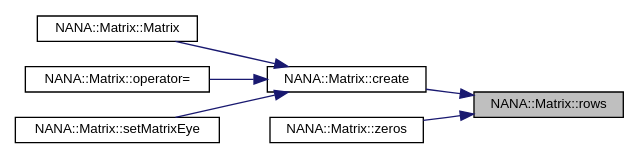
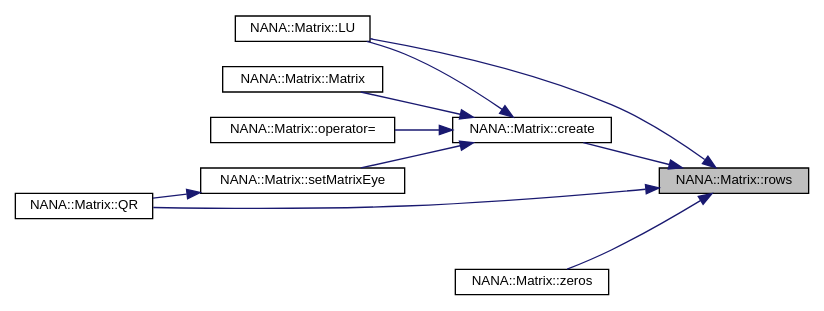
Before and after one commit to YuruTu/NANA: the diagram in docs/class_n_a_n_a_1_1_matrix_a59af2b31be0c8625466dea7fa5a36afa_icgraph.dot, drawn with Graphviz. The commit also changed 47 other files, not shown here.

```diff
--- a/docs/class_n_a_n_a_1_1_matrix_a59af2b31be0c8625466dea7fa5a36afa_icgraph.dot
+++ b/docs/class_n_a_n_a_1_1_matrix_a59af2b31be0c8625466dea7fa5a36afa_icgraph.dot
@@ -1,18 +1,24 @@
 digraph "NANA::Matrix::rows"
 {
  // LATEX_PDF_SIZE
   edge [fontname="Helvetica",fontsize="10",labelfontname="Helvetica",labelfontsize="10"];
   node [fontname="Helvetica",fontsize="10",shape=record];
   rankdir="RL";
   Node1 [label="NANA::Matrix::rows",height=0.2,width=0.4,color="black", fillcolor="grey75", style="filled", fontcolor="black",tooltip="获取矩阵的行数"];
   Node1 -> Node2 [dir="back",color="midnightblue",fontsize="10",style="solid",fontname="Helvetica"];
   Node2 [label="NANA::Matrix::create",height=0.2,width=0.4,color="black", fillcolor="white", style="filled",URL="$class_n_a_n_a_1_1_matrix.html#a9143733c65d050c962bb9ea8fe03d19b",tooltip="申请内存"];
   Node2 -> Node3 [dir="back",color="midnightblue",fontsize="10",style="solid",fontname="Helvetica"];
-  Node3 [label="NANA::Matrix::Matrix",height=0.2,width=0.4,color="black", fillcolor="white", style="filled",URL="$class_n_a_n_a_1_1_matrix.html#a200779713f922b3c87ad193b3ea7f6b4",tooltip="构造函数，主动申请与管理内存"];
+  Node3 [label="NANA::Matrix::LU",height=0.2,width=0.4,color="black", fillcolor="white", style="filled",URL="$class_n_a_n_a_1_1_matrix.html#a4fa999237fe4b55b662bcd8e38707d1e",tooltip="实现矩阵的LU分解"];
   Node2 -> Node4 [dir="back",color="midnightblue",fontsize="10",style="solid",fontname="Helvetica"];
-  Node4 [label="NANA::Matrix::operator=",height=0.2,width=0.4,color="black", fillcolor="white", style="filled",URL="$class_n_a_n_a_1_1_matrix.html#af8f91cc9e267b3c55d0b8e6cb80351c4",tooltip="等于时"];
+  Node4 [label="NANA::Matrix::Matrix",height=0.2,width=0.4,color="black", fillcolor="white", style="filled",URL="$class_n_a_n_a_1_1_matrix.html#a200779713f922b3c87ad193b3ea7f6b4",tooltip="构造函数，主动申请与管理内存"];
   Node2 -> Node5 [dir="back",color="midnightblue",fontsize="10",style="solid",fontname="Helvetica"];
-  Node5 [label="NANA::Matrix::setMatrixEye",height=0.2,width=0.4,color="black", fillcolor="white", style="filled",URL="$class_n_a_n_a_1_1_matrix.html#a0a5423a5d4ad70b3225216b7a6542ee4",tooltip="将当前矩阵设置为单位矩阵"];
-  Node1 -> Node6 [dir="back",color="midnightblue",fontsize="10",style="solid",fontname="Helvetica"];
-  Node6 [label="NANA::Matrix::zeros",height=0.2,width=0.4,color="black", fillcolor="white", style="filled",URL="$class_n_a_n_a_1_1_matrix.html#aca43ab15a7bcbb1b79bba0e384064194",tooltip="生成全0矩阵"];
+  Node5 [label="NANA::Matrix::operator=",height=0.2,width=0.4,color="black", fillcolor="white", style="filled",URL="$class_n_a_n_a_1_1_matrix.html#af8f91cc9e267b3c55d0b8e6cb80351c4",tooltip="等于时"];
+  Node2 -> Node6 [dir="back",color="midnightblue",fontsize="10",style="solid",fontname="Helvetica"];
+  Node6 [label="NANA::Matrix::setMatrixEye",height=0.2,width=0.4,color="black", fillcolor="white", style="filled",URL="$class_n_a_n_a_1_1_matrix.html#a0a5423a5d4ad70b3225216b7a6542ee4",tooltip="将当前矩阵设置为单位矩阵"];
+  Node6 -> Node7 [dir="back",color="midnightblue",fontsize="10",style="solid",fontname="Helvetica"];
+  Node7 [label="NANA::Matrix::QR",height=0.2,width=0.4,color="black", fillcolor="white", style="filled",URL="$class_n_a_n_a_1_1_matrix.html#a521948ec0114d2e2204782b2bfd11bb0",tooltip="基于豪斯荷尔德变换实现矩阵的QR分解"];
+  Node1 -> Node3 [dir="back",color="midnightblue",fontsize="10",style="solid",fontname="Helvetica"];
+  Node1 -> Node7 [dir="back",color="midnightblue",fontsize="10",style="solid",fontname="Helvetica"];
+  Node1 -> Node8 [dir="back",color="midnightblue",fontsize="10",style="solid",fontname="Helvetica"];
+  Node8 [label="NANA::Matrix::zeros",height=0.2,width=0.4,color="black", fillcolor="white", style="filled",URL="$class_n_a_n_a_1_1_matrix.html#aca43ab15a7bcbb1b79bba0e384064194",tooltip="生成全0矩阵"];
 }
```
